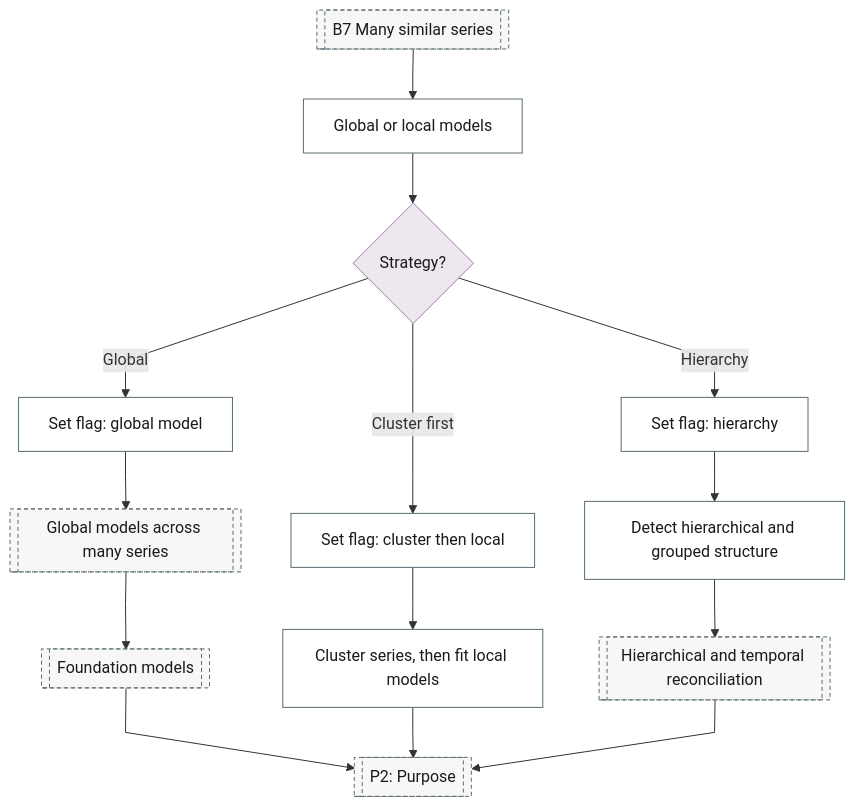
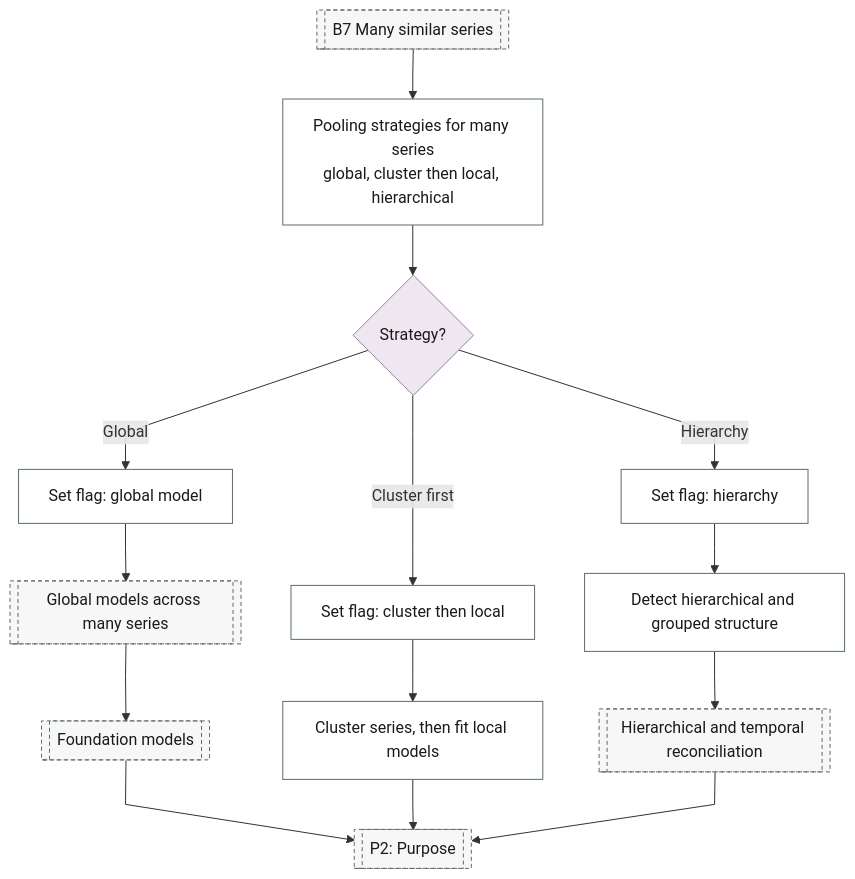
Before and after one commit to Shuxin-Y/time-series-analysis-manual: the second of 2 diagrams in docs/01-workflow/p01-data-type-gate.md, drawn with Mermaid. The commit also changed 6 other files, not shown here.

First line of the commit message:
fix(flowchart): each pooling, filter and transfer-function choice has one place (rev2 N1, N2, N3, N4)

````diff
--- a/docs/01-workflow/p01-data-type-gate.md
+++ b/docs/01-workflow/p01-data-type-gate.md
@@ -75,26 +75,26 @@
 ```mermaid
 %%{init: {"flowchart": {"curve": "linear"}}}%%
 graph TD
-    B7[["B7 Many similar series"]] --> B7_GLOBAL_VS_LOCAL["Global or local models"]
+    B7[["B7 Many similar series"]] --> B7_GLOBAL_VS_LOCAL["Pooling strategies for many series<br/>global, cluster then local, hierarchical"]
     B7_GLOBAL_VS_LOCAL --> B7_STRATEGY{"Strategy?"}
     B7_STRATEGY -->|"Global"| P1_GLOBAL_FLAG["Set flag: global model"]
     B7_STRATEGY -->|"Cluster first"| B7_CLUSTER_FLAG["Set flag: cluster then local"]
     B7_STRATEGY -->|"Hierarchy"| B7_HIERARCHY_FLAG["Set flag: hierarchy"]
     P1_GLOBAL_FLAG --> P6_GLOBAL_MODELS[["Global models across many series"]]
     P6_GLOBAL_MODELS --> P6_FOUNDATION_MODELS[["Foundation models"]]
     B7_CLUSTER_FLAG --> B7_CLUSTER_THEN_LOCAL["Cluster series, then fit local models"]
     B7_HIERARCHY_FLAG --> B7_HIERARCHY["Detect hierarchical and grouped structure"]
     B7_HIERARCHY --> P10_RECONCILIATION[["Hierarchical and temporal reconciliation"]]
     P6_FOUNDATION_MODELS & B7_CLUSTER_THEN_LOCAL & P10_RECONCILIATION --> P2[["P2: Purpose"]]
     class B7_STRATEGY decision
     class B7_GLOBAL_VS_LOCAL,P1_GLOBAL_FLAG,B7_CLUSTER_FLAG,B7_HIERARCHY_FLAG,B7_CLUSTER_THEN_LOCAL,B7_HIERARCHY process
     class B7,P6_GLOBAL_MODELS,P6_FOUNDATION_MODELS,P10_RECONCILIATION,P2 ref
     classDef terminator fill:#E6F2F7,stroke:#007BA7,color:#1A1A1A;
     classDef process fill:#FFFFFF,stroke:#5A6B73,color:#1A1A1A;
     classDef decision fill:#EFE7F0,stroke:#9B7FA7,color:#1A1A1A;
     classDef data fill:#FFF4E0,stroke:#C9A55E,color:#1A1A1A;
     classDef good fill:#DCEFD8,stroke:#4A7A3F,color:#1A1A1A;
     classDef escalate fill:#FFE9C2,stroke:#C9A55E,color:#1A1A1A;
     classDef problem fill:#F2D9DE,stroke:#800020,color:#1A1A1A;
     classDef ref fill:#F7F7F7,stroke:#5A6B73,color:#1A1A1A,stroke-dasharray:4 3;
 ```
````
